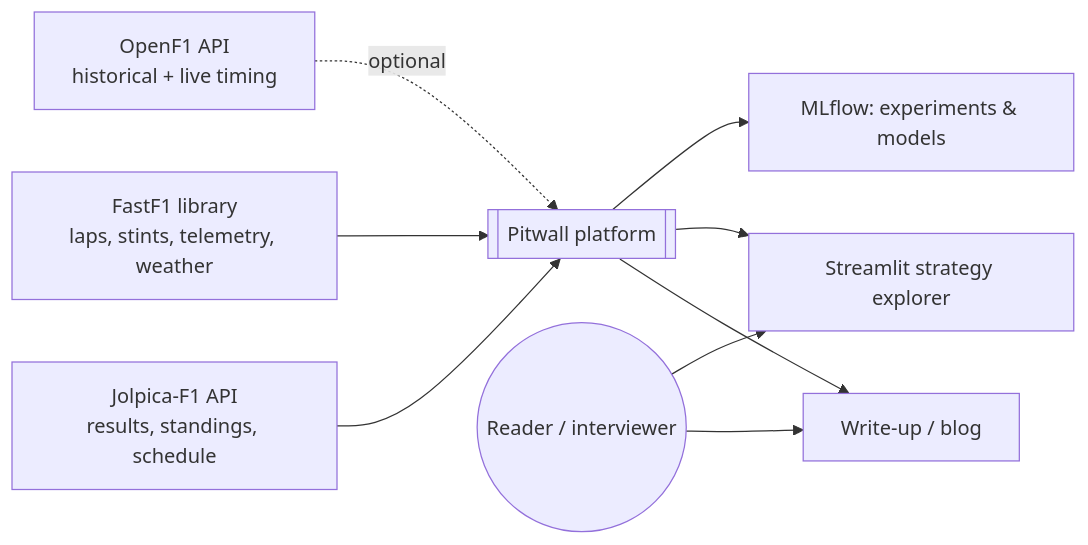
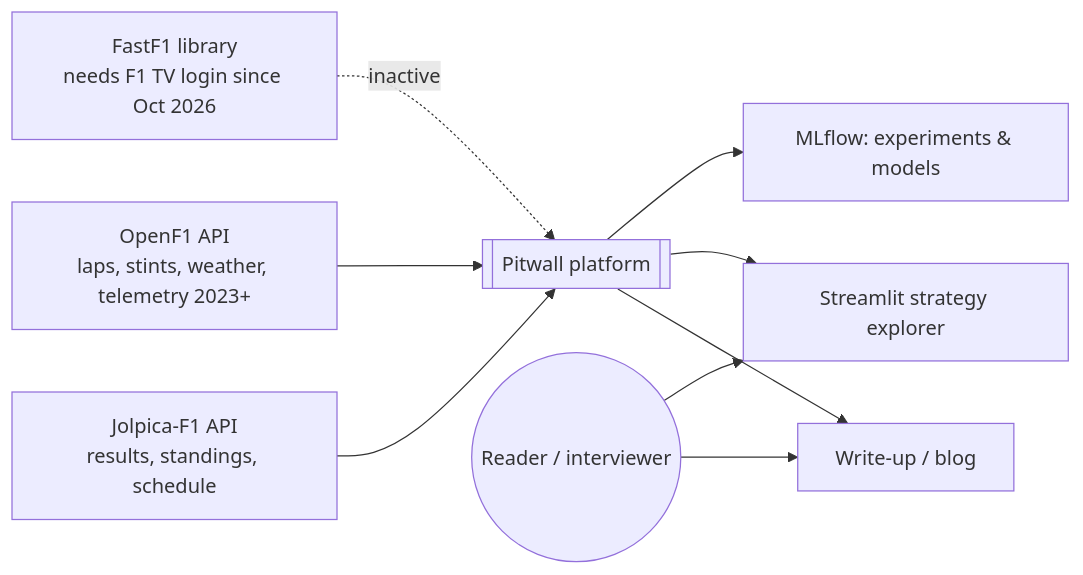
Before and after one commit to salgue441/f1-analysis: the first of 4 diagrams in docs/SAD.md, drawn with Mermaid. The commit also changed other lines of this file and 3 other files, not shown here.

````diff
--- a/docs/SAD.md
+++ b/docs/SAD.md
@@ -66,11 +66,11 @@
 ```mermaid
 flowchart LR
     J[Jolpica-F1 API<br/>results, standings, schedule] --> P
-    F[FastF1 library<br/>laps, stints, telemetry, weather] --> P
-    O[OpenF1 API<br/>historical + live timing] -.optional.-> P
+    O[OpenF1 API<br/>laps, stints, weather, telemetry 2023+] --> P
+    F[FastF1 library<br/>needs F1 TV login since Oct 2026] -.inactive.-> P
     P[[Pitwall platform]] --> W[Write-up / blog]
     P --> A[Streamlit strategy explorer]
     P --> M[MLflow: experiments & models]
     U((Reader / interviewer)) --> W
     U --> A
 ```
````
